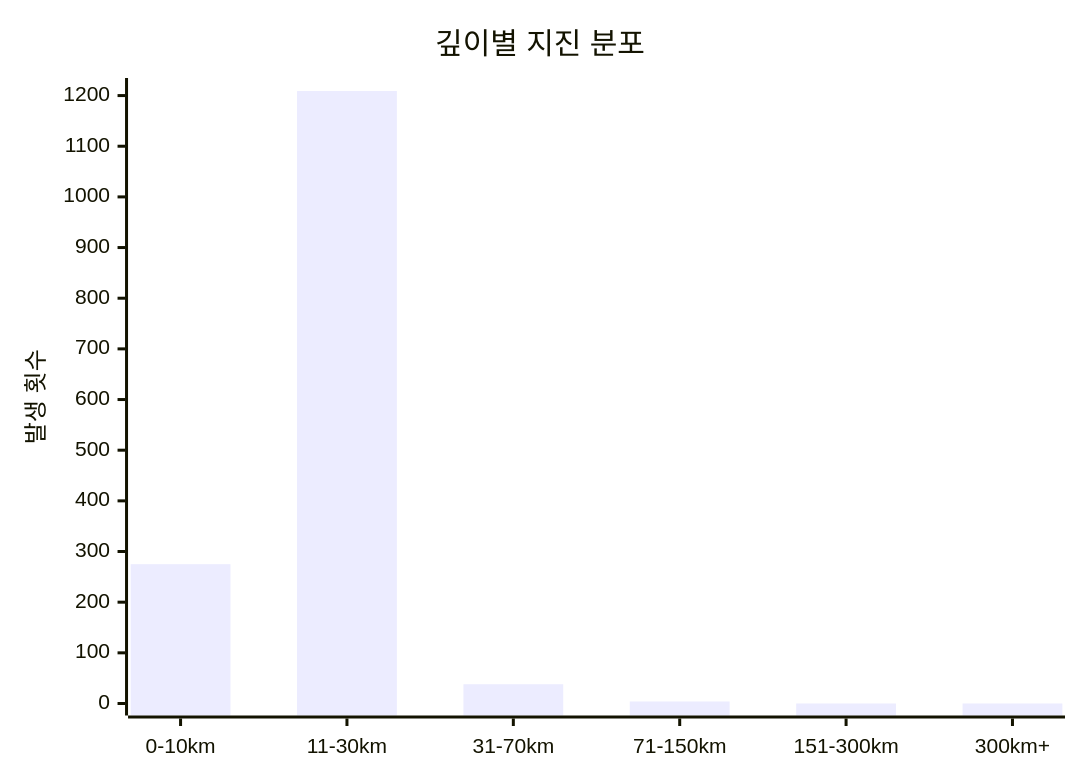
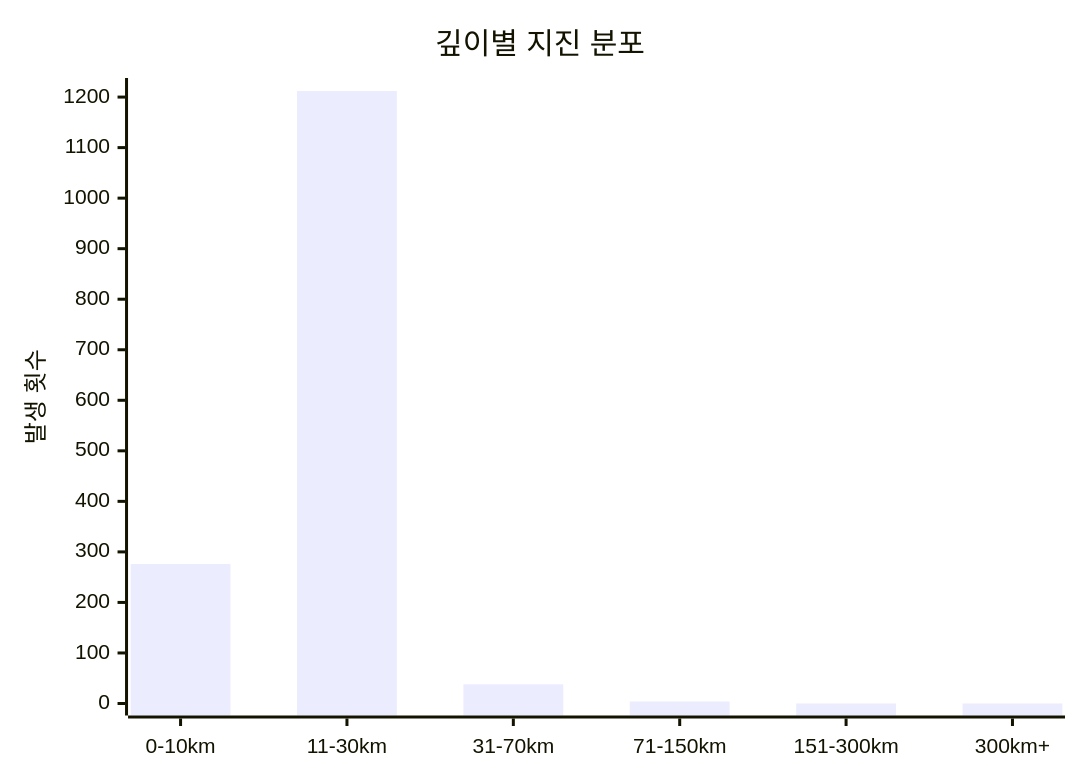
Before and after one commit to serendip811/japan-eq: the diagram in charts/depth-chart.md, drawn with Mermaid. The commit also changed other lines of this file and 5 other files, not shown here.

Commit message:
Update earthquake data and charts Sun Jul  6 18:04:48 UTC 2025

````diff
--- a/charts/depth-chart.md
+++ b/charts/depth-chart.md
@@ -3,7 +3,7 @@
 ```mermaid
 xychart-beta
     title "깊이별 지진 분포"
     x-axis ["0-10km", "11-30km", "31-70km", "71-150km", "151-300km", "300km+"]
-    y-axis "발생 횟수" 0 --> 1211
-    bar [275, 1209, 38, 4, 0, 0]
+    y-axis "발생 횟수" 0 --> 1214
+    bar [276, 1212, 38, 4, 0, 0]
 ```
````
